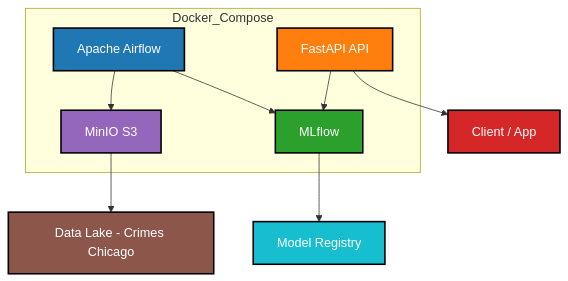
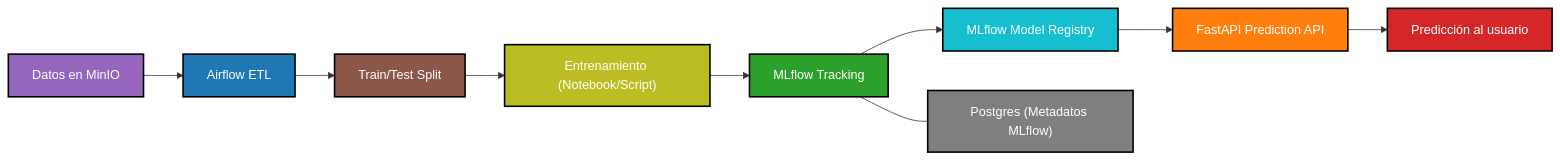
The second of 4 diagrams in README.md (DanteMendoza/AP_2025_B3_TP2_Mendoza_Dante), drawn with Mermaid before and after one commit. The commit also changed other lines of this file, not shown here.

Commit message:
Update README.md
v12

````diff
--- a/README.md
+++ b/README.md
@@ -34,25 +34,24 @@
 ```mermaid
-flowchart TB
-    subgraph Docker_Compose
-        A[Apache Airflow]
-        B["MinIO S3"]
-        C[MLflow]
-        D[FastAPI API]
-    end
+flowchart LR
+    A["Datos en MinIO"] --> B["Airflow ETL"]
+    B --> C["Train/Test Split"]
+    C --> D["Entrenamiento (Notebook/Script)"]
+    D --> E["MLflow Tracking"]
+    E --> F["MLflow Model Registry"]
+    F --> G["FastAPI Prediction API"]
+    G --> H["Predicción al usuario"]
 
-    A --> B
-    A --> C
-    D --> C
-    B --> E["Data Lake - Crimes Chicago"]
-    C --> F["Model Registry"]
-    D --> G["Client / App"]
+    %% Integración con Postgres
+    E --- I["Postgres (Metadatos MLflow)"]
 
     %% Estilos
-    style A fill:#1f77b4,stroke:#000,stroke-width:2px,color:#fff
-    style B fill:#9467bd,stroke:#000,stroke-width:2px,color:#fff
-    style C fill:#2ca02c,stroke:#000,stroke-width:2px,color:#fff
-    style D fill:#ff7f0e,stroke:#000,stroke-width:2px,color:#fff
-    style E fill:#8c564b,stroke:#000,stroke-width:2px,color:#fff
+    style A fill:#9467bd,stroke:#000,stroke-width:2px,color:#fff
+    style B fill:#1f77b4,stroke:#000,stroke-width:2px,color:#fff
+    style C fill:#8c564b,stroke:#000,stroke-width:2px,color:#fff
+    style D fill:#bcbd22,stroke:#000,stroke-width:2px,color:#fff
+    style E fill:#2ca02c,stroke:#000,stroke-width:2px,color:#fff
     style F fill:#17becf,stroke:#000,stroke-width:2px,color:#fff
-    style G fill:#d62728,stroke:#000,stroke-width:2px,color:#fff
+    style G fill:#ff7f0e,stroke:#000,stroke-width:2px,color:#fff
+    style H fill:#d62728,stroke:#000,stroke-width:2px,color:#fff
+    style I fill:#7f7f7f,stroke:#000,stroke-width:2px,color:#fff
 ```
````
